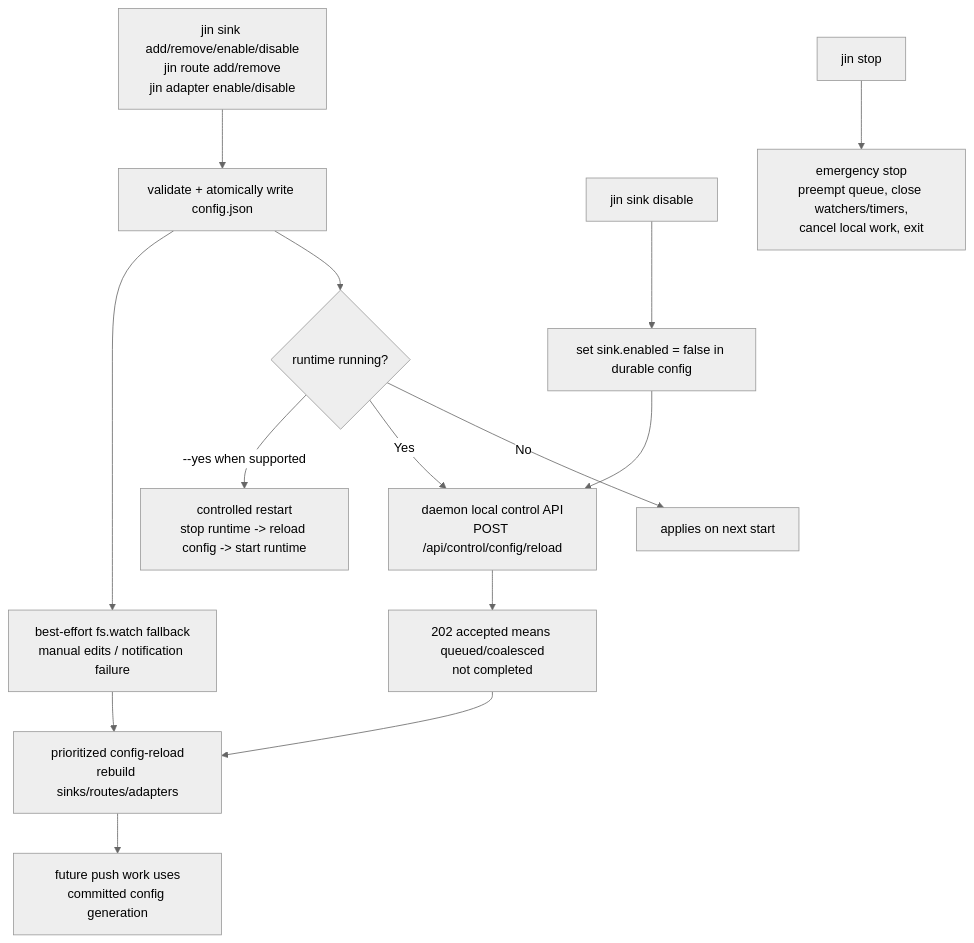
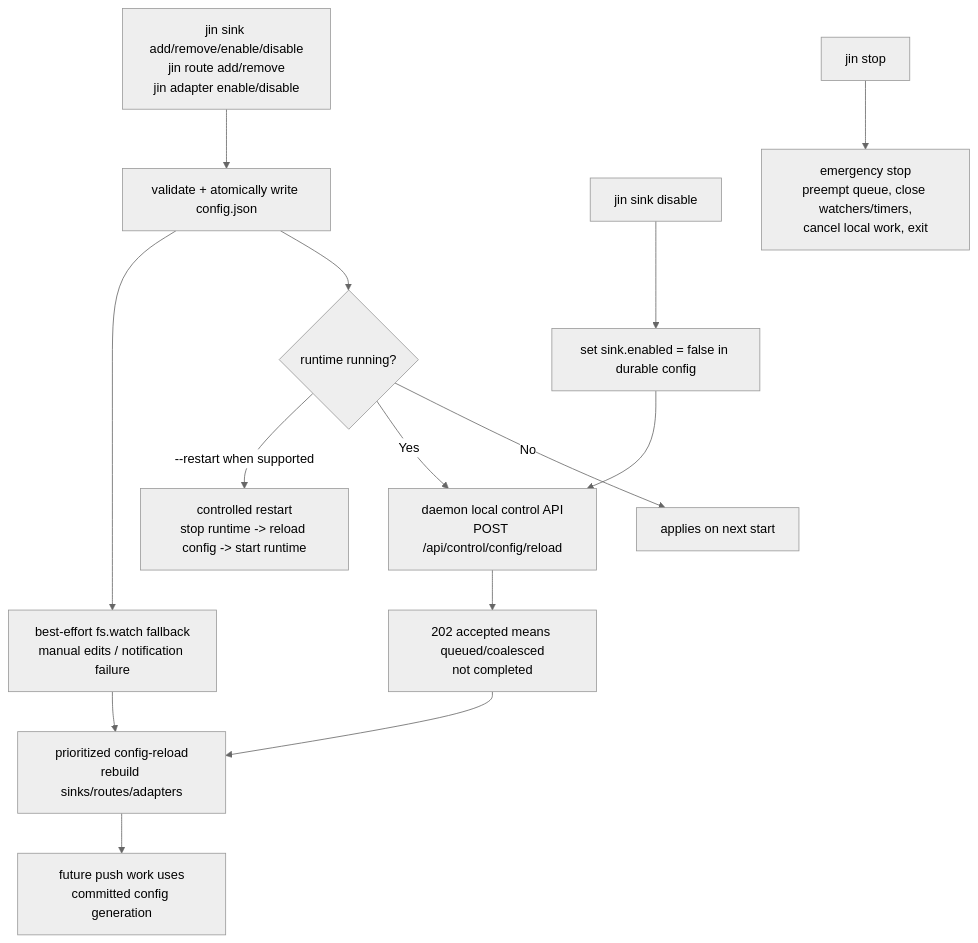
The diagram in docs/blueprint/mermaid/bp-08-config-mutation-and-runtime-control.mmd (mendeleden/jin), drawn with Mermaid (neutral theme) before and after one commit. The commit also changed 28 other files, not shown here.

```diff
--- a/docs/blueprint/mermaid/bp-08-config-mutation-and-runtime-control.mmd
+++ b/docs/blueprint/mermaid/bp-08-config-mutation-and-runtime-control.mmd
@@ -1,19 +1,19 @@
 %% Source: docs/blueprint/BP-08-routing-and-config.md
 %% Diagram: Config Mutation and Runtime Control
 
 flowchart TD
     Mutate["jin sink add/remove/enable/disable<br/>jin route add/remove<br/>jin adapter enable/disable"] --> Validate["validate + atomically write config.json"]
     Validate --> Runtime{"runtime running?"}
     Runtime -->|No| NextStart["applies on next start"]
     Runtime -->|Yes| Control["daemon local control API<br/>POST /api/control/config/reload"]
     Control --> Ack["202 accepted means queued/coalesced<br/>not completed"]
     Ack --> Reload["prioritized config-reload<br/>rebuild sinks/routes/adapters"]
-    Runtime -->|--yes when supported| Restart["controlled restart<br/>stop runtime -> reload config -> start runtime"]
+    Runtime -->|--restart when supported| Restart["controlled restart<br/>stop runtime -> reload config -> start runtime"]
 
     Disable["jin sink disable <id>"] --> Durable["set sink.enabled = false in durable config"]
     Durable --> Control
     Reload --> Apply["future push work uses<br/>committed config generation"]
     Validate --> Watcher["best-effort fs.watch fallback<br/>manual edits / notification failure"]
     Watcher --> Reload
 
     Stop["jin stop"] --> Shutdown["emergency stop<br/>preempt queue, close watchers/timers,<br/>cancel local work, exit"]
```
